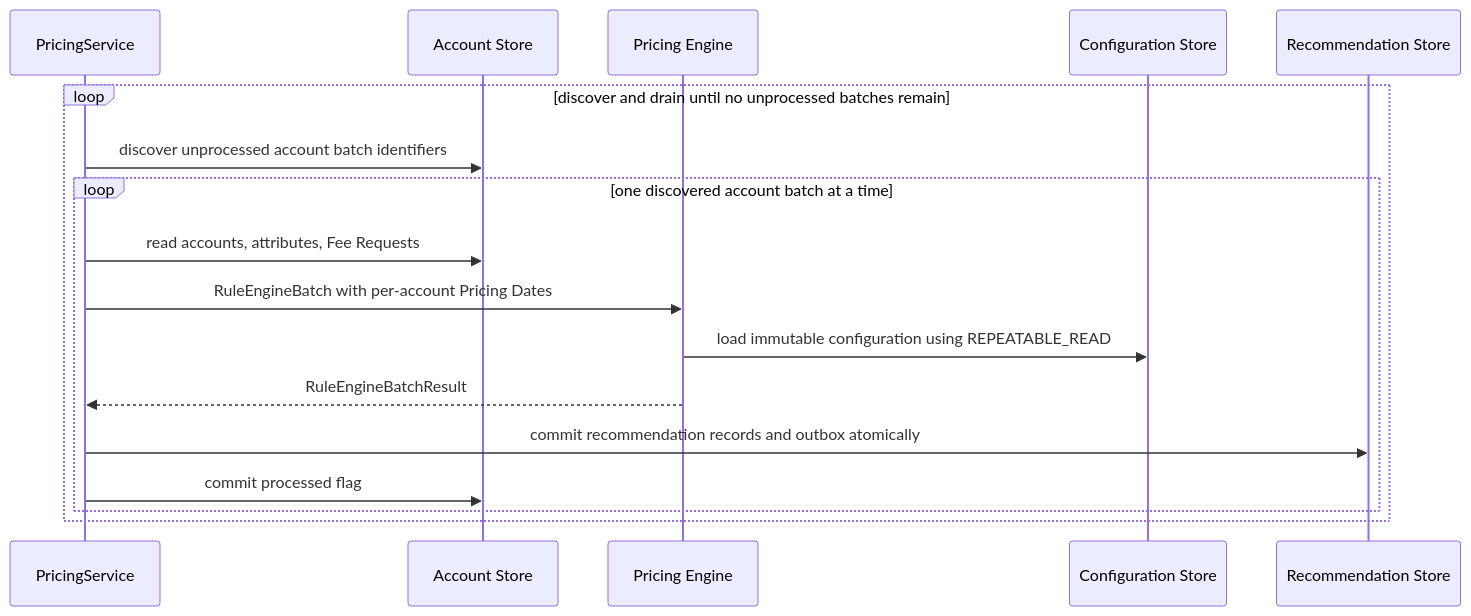
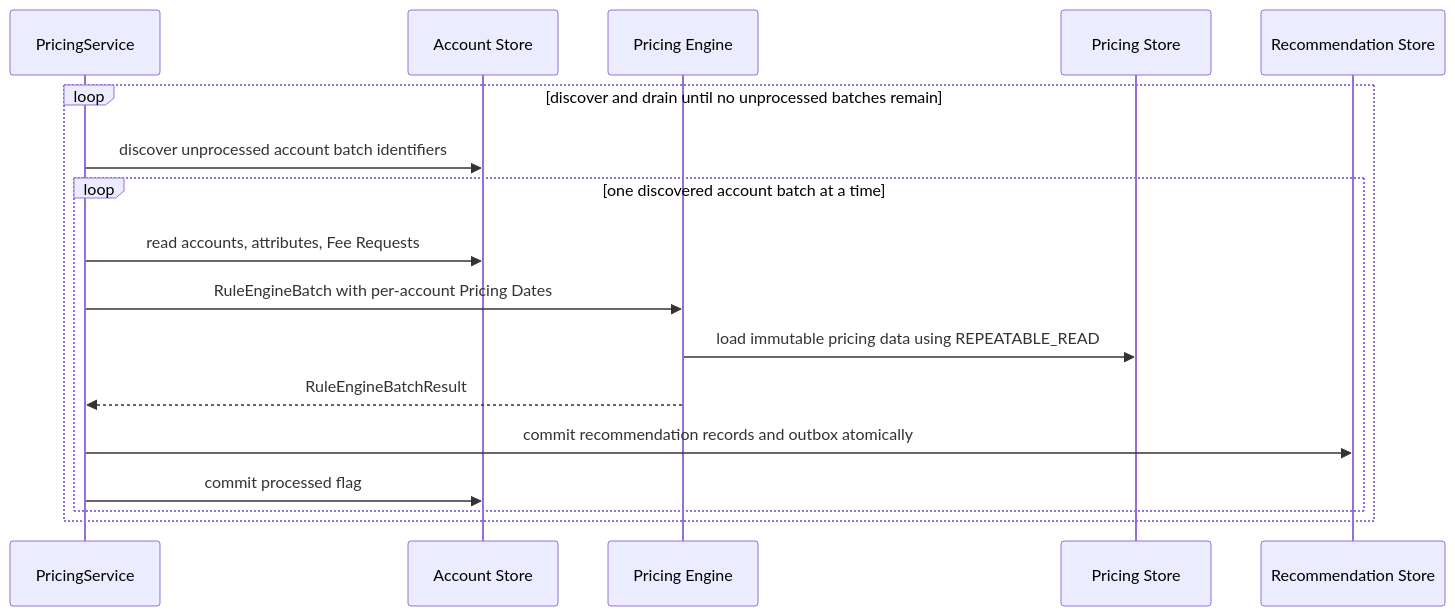
One commit to DerekThree/pricing-app changed the diagram in docs/agents/wiki/03 Workflows/Evaluate a Pricing Batch.md. Above: the diagram before and after it, drawn with Mermaid. The commit also changed other lines of this file and 26 other files, not shown here.

````diff
--- a/docs/agents/wiki/03 Workflows/Evaluate a Pricing Batch.md
+++ b/docs/agents/wiki/03 Workflows/Evaluate a Pricing Batch.md
@@ -16,19 +16,19 @@
 ```mermaid
 sequenceDiagram
     participant S as PricingService
     participant A as Account Store
     participant E as Pricing Engine
-    participant C as Configuration Store
+    participant C as Pricing Store
     participant R as Recommendation Store
     loop discover and drain until no unprocessed batches remain
         S->>A: discover unprocessed account batch identifiers
         loop one discovered account batch at a time
             S->>A: read accounts, attributes, Fee Requests
             S->>E: RuleEngineBatch with per-account Pricing Dates
-            E->>C: load immutable configuration using REPEATABLE_READ
+            E->>C: load immutable pricing data using REPEATABLE_READ
             E-->>S: RuleEngineBatchResult
             S->>R: commit recommendation records and outbox atomically
             S->>A: commit processed flag
         end
     end
 ```
````
